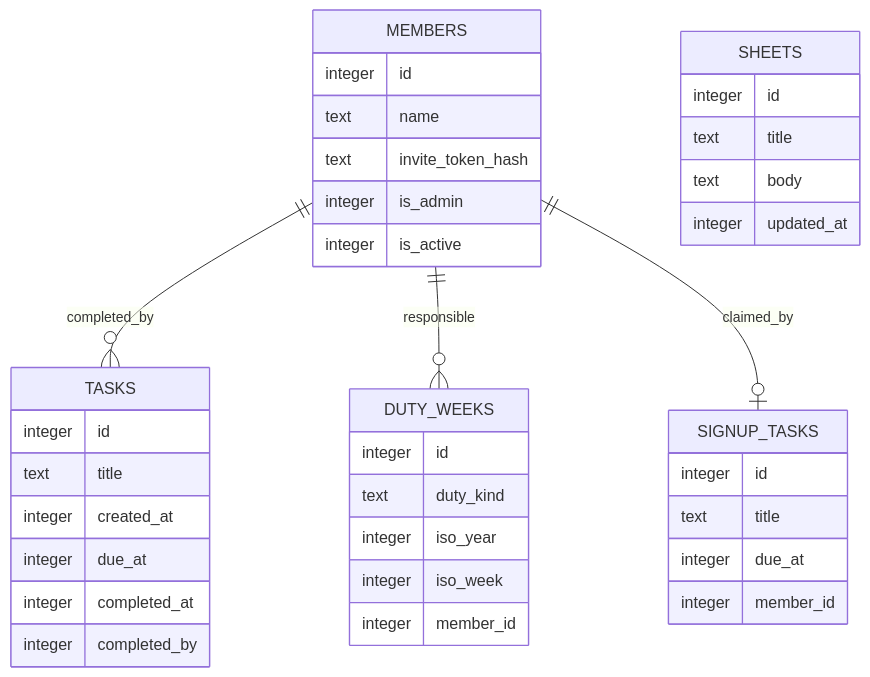
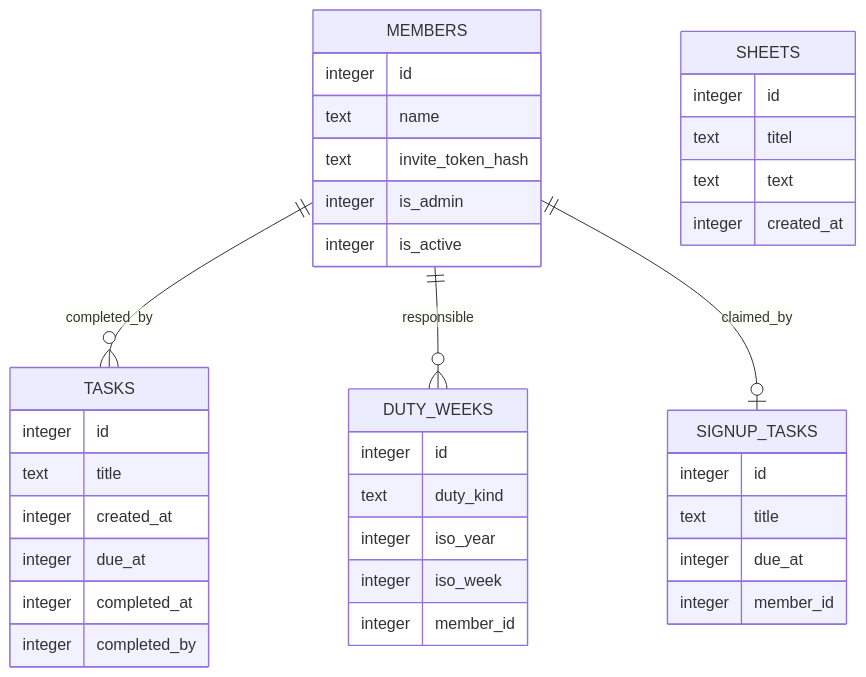
Before and after one commit to mororu/gardenplanner: the second of 3 diagrams in _bmad-output/planning-artifacts/architecture/architecture-Gartenplaner-2026-08-26/ARCHITECTURE-SPINE.md, drawn with Mermaid. The commit also changed other lines of this file and 26 other files, not shown here.

````diff
--- a/_bmad-output/planning-artifacts/architecture/architecture-Gartenplaner-2026-08-26/ARCHITECTURE-SPINE.md
+++ b/_bmad-output/planning-artifacts/architecture/architecture-Gartenplaner-2026-08-26/ARCHITECTURE-SPINE.md
@@ -213,41 +213,41 @@
 ```mermaid
 erDiagram
     MEMBERS ||--o{ TASKS : "completed_by"
     MEMBERS ||--o{ DUTY_WEEKS : "responsible"
     MEMBERS ||--o| SIGNUP_TASKS : "claimed_by"
     MEMBERS {
         integer id
         text name
         text invite_token_hash
         integer is_admin
         integer is_active
     }
     TASKS {
         integer id
         text title
         integer created_at
         integer due_at
         integer completed_at
         integer completed_by
     }
     DUTY_WEEKS {
         integer id
         text duty_kind
         integer iso_year
         integer iso_week
         integer member_id
     }
     SIGNUP_TASKS {
         integer id
         text title
         integer due_at
         integer member_id
     }
     SHEETS {
         integer id
-        text title
-        text body
-        integer updated_at
+        text titel
+        text text
+        integer created_at
     }
 %% Sheets sind gemeinschaftlich und tragen bewusst keine Autorenspalte.
 ```
````
